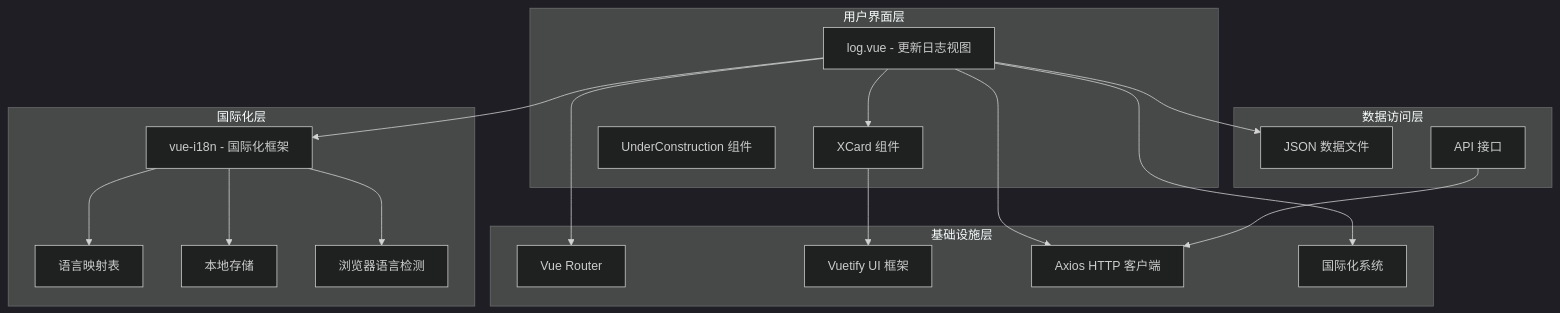
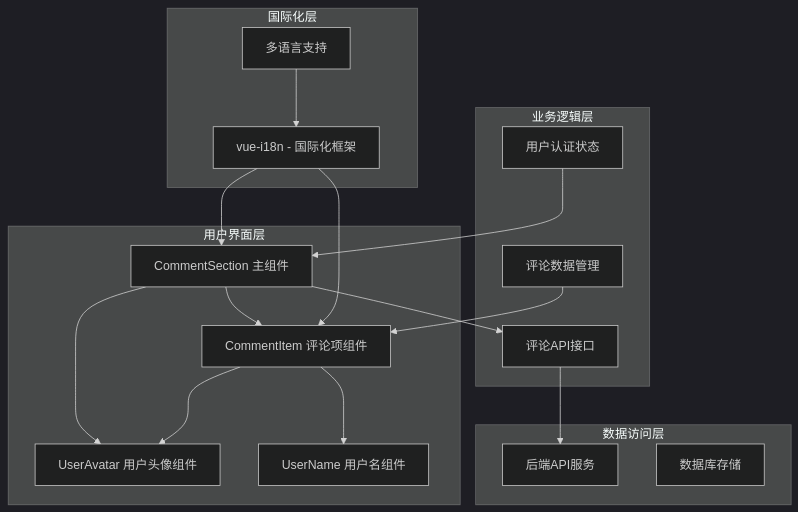
One commit to TinyMaD/SpeedRunnersLab changed the second of 5 diagrams in .qoder/repowiki/zh/content/前端应用/组件架构/业务组件/前端评论组件.md. Above: the diagram before and after it, drawn with Mermaid (dark theme). The commit also changed other lines of this file and 9 other files, not shown here.

````diff
--- a/.qoder/repowiki/zh/content/前端应用/组件架构/业务组件/前端评论组件.md
+++ b/.qoder/repowiki/zh/content/前端应用/组件架构/业务组件/前端评论组件.md
@@ -133,35 +127,33 @@
 ```mermaid
 graph TD
 subgraph "用户界面层"
-A[log.vue - 更新日志视图]
-B[XCard 组件]
-C[UnderConstruction 组件]
+A[CommentSection 主组件]
+B[CommentItem 评论项组件]
+C[UserAvatar 用户头像组件]
+D[UserName 用户名组件]
+end
+subgraph "业务逻辑层"
+E[评论API接口]
+F[用户认证状态]
+G[评论数据管理]
 end
 subgraph "国际化层"
-D[vue-i18n - 国际化框架]
-E[语言映射表]
-F[本地存储]
-G[浏览器语言检测]
+H[vue-i18n - 国际化框架]
+I[多语言支持]
 end
 subgraph "数据访问层"
-H[JSON 数据文件]
-I[API 接口]
-end
-subgraph "基础设施层"
-J[Vue Router]
-K[Vuetify UI 框架]
-L[Axios HTTP 客户端]
-M[国际化系统]
+J[后端API服务]
+K[数据库存储]
 end
 A --> B
-A --> D
-D --> E
-D --> F
-D --> G
-A --> H
-A --> J
-B --> K
-A --> L
-A --> M
-I --> L
+A --> C
+B --> C
+B --> D
+A --> E
+E --> J
+F --> A
+G --> B
+H --> A
+H --> B
+I --> H
 ```
````
